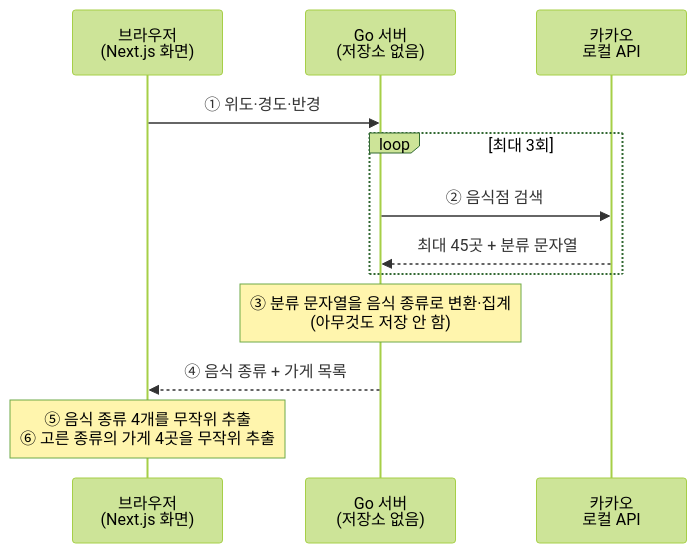
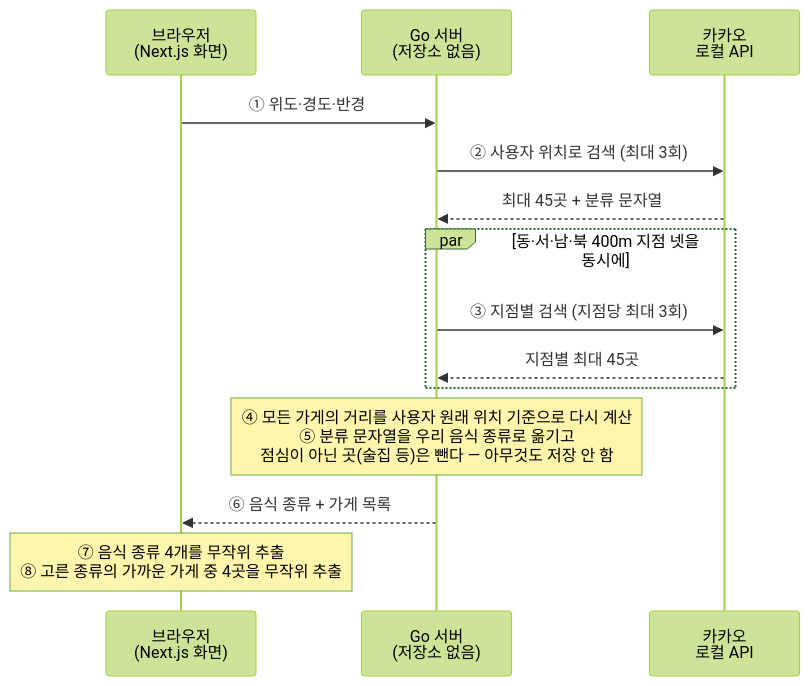
One commit to VeritasForge/random-choice changed the diagram in README.md. Above: the diagram before and after it, drawn with Mermaid (forest theme). The commit also changed other lines of this file, not shown here.

````diff
--- a/README.md
+++ b/README.md
@@ -28,15 +43,17 @@
 ```mermaid
 sequenceDiagram
     participant 브라우저 as 브라우저<br/>(Next.js 화면)
     participant 서버 as Go 서버<br/>(저장소 없음)
     participant 카카오 as 카카오<br/>로컬 API
 
     브라우저->>서버: ① 위도·경도·반경
-    loop 최대 3회
-        서버->>카카오: ② 음식점 검색
-        카카오-->>서버: 최대 45곳 + 분류 문자열
+    서버->>카카오: ② 사용자 위치로 검색 (최대 3회)
+    카카오-->>서버: 최대 45곳 + 분류 문자열
+    par 동·서·남·북 400m 지점 넷을 동시에
+        서버->>카카오: ③ 지점별 검색 (지점당 최대 3회)
+        카카오-->>서버: 지점별 최대 45곳
     end
-    Note over 서버: ③ 분류 문자열을 음식 종류로 변환·집계<br/>(아무것도 저장 안 함)
-    서버-->>브라우저: ④ 음식 종류 + 가게 목록
-    Note over 브라우저: ⑤ 음식 종류 4개를 무작위 추출<br/>⑥ 고른 종류의 가게 4곳을 무작위 추출
+    Note over 서버: ④ 모든 가게의 거리를 사용자 원래 위치 기준으로 다시 계산<br/>⑤ 분류 문자열을 우리 음식 종류로 옮기고<br/>점심이 아닌 곳(술집 등)은 뺀다 — 아무것도 저장 안 함
+    서버-->>브라우저: ⑥ 음식 종류 + 가게 목록
+    Note over 브라우저: ⑦ 음식 종류 4개를 무작위 추출<br/>⑧ 고른 종류의 가까운 가게 중 4곳을 무작위 추출
 ```
````
